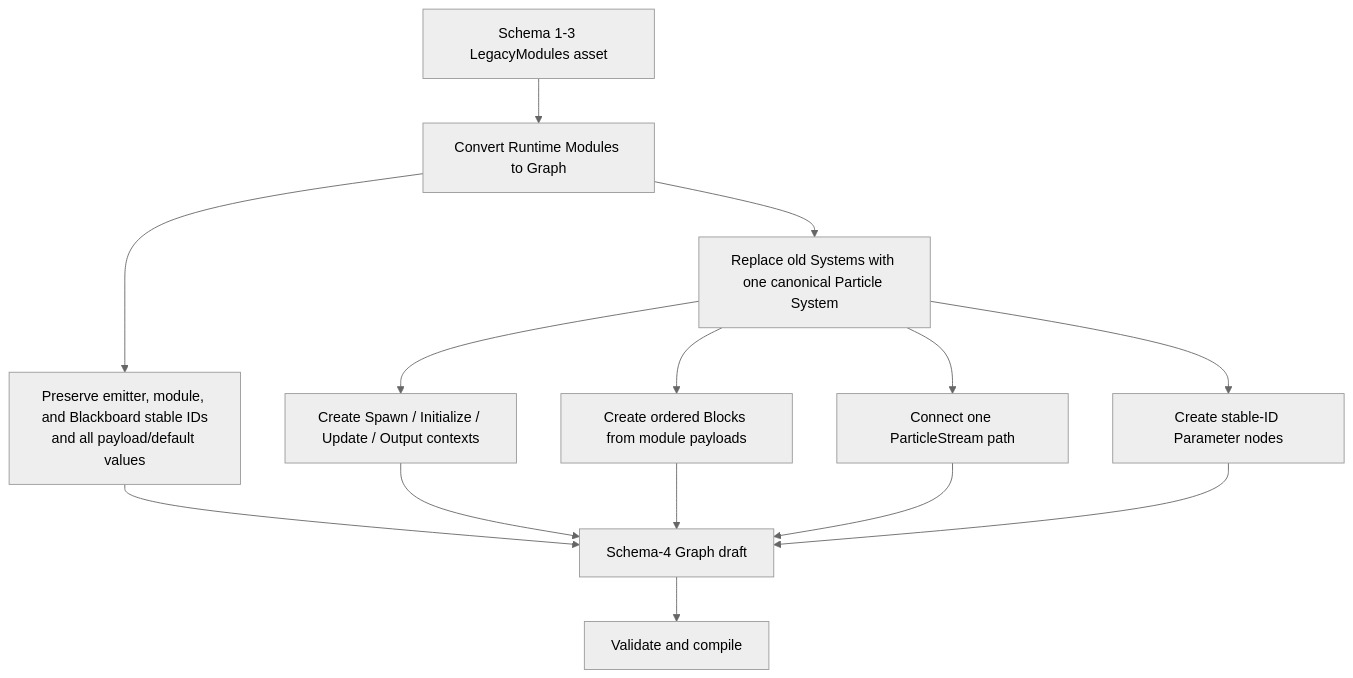
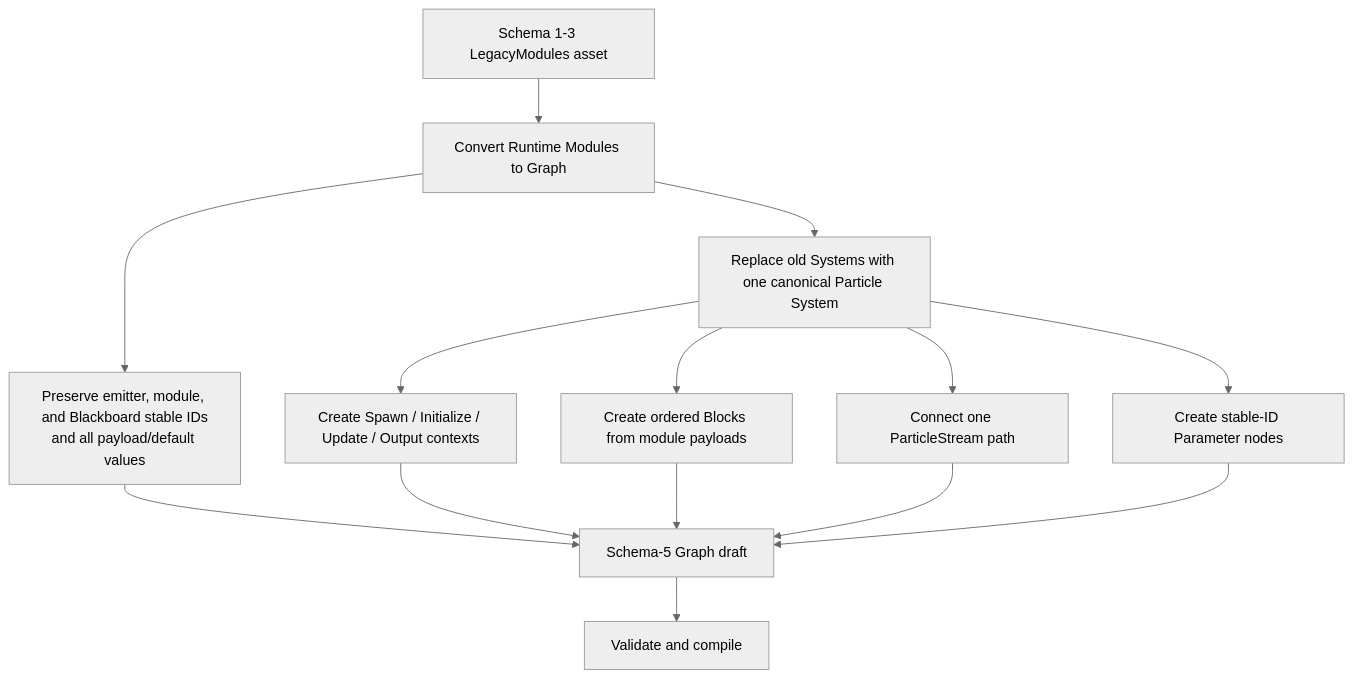
One commit to hcfgod/KeireEngine changed the seventh of 12 diagrams in Docs/Vfx.md. Above: the diagram before and after it, drawn with Mermaid (neutral theme). The commit also changed other lines of this file and 184 other files, not shown here.

````diff
--- a/Docs/Vfx.md
+++ b/Docs/Vfx.md
@@ -523,16 +538,16 @@
 ```mermaid
 flowchart TD
     Old["Schema 1-3 LegacyModules asset"] --> Convert["Convert Runtime Modules to Graph"]
     Convert --> Keep["Preserve emitter, module, and Blackboard stable IDs<br/>and all payload/default values"]
     Convert --> Replace["Replace old Systems with one canonical Particle System"]
     Replace --> Contexts["Create Spawn / Initialize / Update / Output contexts"]
     Replace --> Blocks["Create ordered Blocks from module payloads"]
     Replace --> Cables["Connect one ParticleStream path"]
     Replace --> Params["Create stable-ID Parameter nodes"]
-    Keep --> Graph["Schema-4 Graph draft"]
+    Keep --> Graph["Schema-5 Graph draft"]
     Contexts --> Graph
     Blocks --> Graph
     Cables --> Graph
     Params --> Graph
     Graph --> Compile["Validate and compile"]
 ```
````
